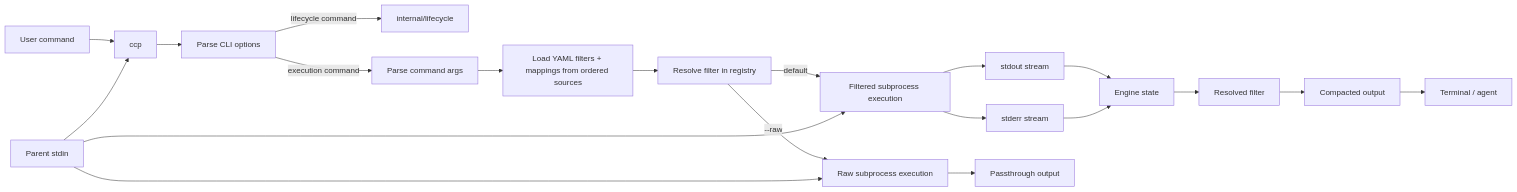
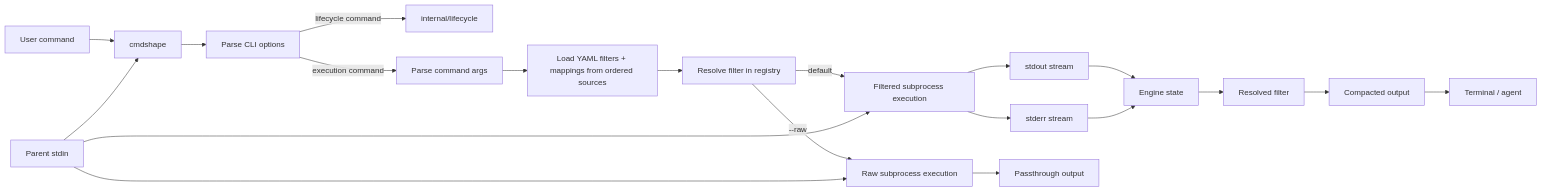
One commit to SuppieRK/ccp changed the diagram in ARCHITECTURE.md. Above: the diagram before and after it, drawn with Mermaid. The commit also changed other lines of this file and 205 other files, not shown here.

First line of the commit message:
feat: rename ccp to cmdshape (#116)

````diff
--- a/ARCHITECTURE.md
+++ b/ARCHITECTURE.md
@@ -32,22 +32,22 @@
 ```mermaid
 flowchart LR
-    U[User command] --> C[ccp]
+    U[User command] --> C[cmdshape]
     IN[Parent stdin] --> C
     C --> O[Parse CLI options]
     O -->|lifecycle command| L[internal/lifecycle]
     O -->|execution command| P[Parse command args]
     P --> D[Load YAML filters + mappings from ordered sources]
     D --> R[Resolve filter in registry]
     R -->|--raw| X0[Raw subprocess execution]
     R -->|default| X1[Filtered subprocess execution]
     IN --> X0
     IN --> X1
     X1 --> S1[stdout stream]
     X1 --> S2[stderr stream]
     S1 --> E[Engine state]
     S2 --> E
     E --> F[Resolved filter]
     F --> OUT[Compacted output]
     OUT --> T[Terminal / agent]
     X0 --> TR[Passthrough output]
 ```
````
